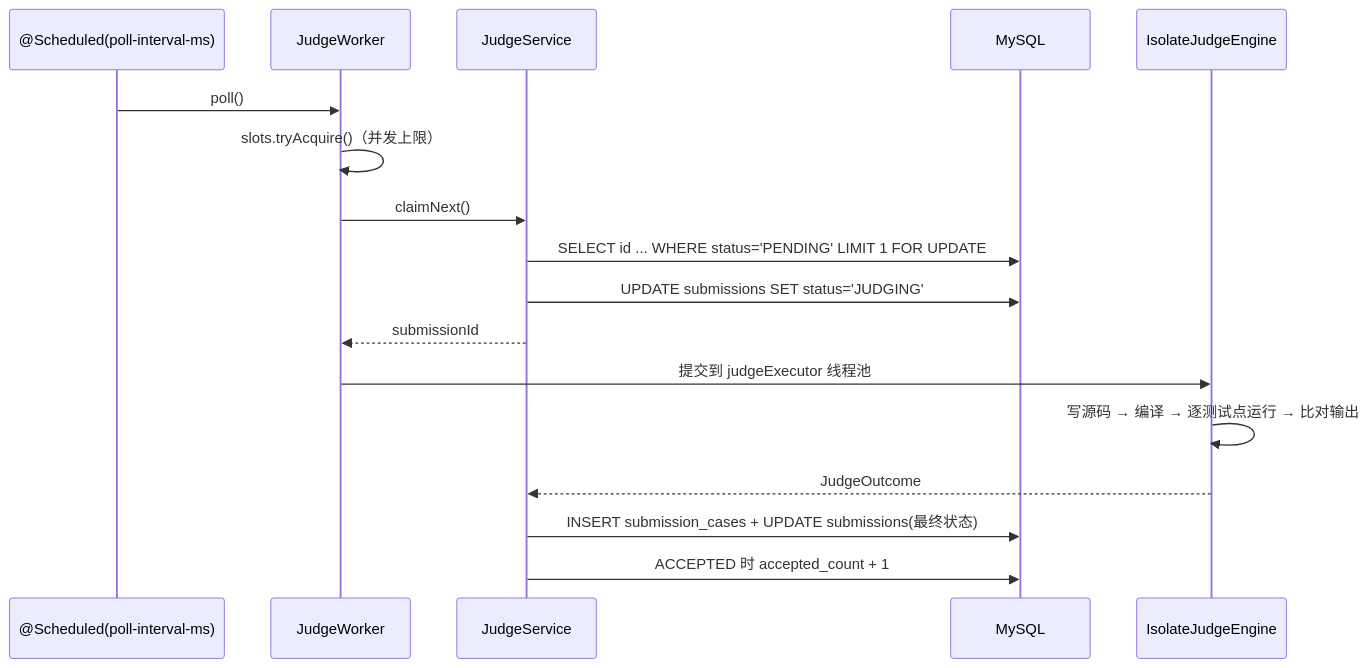
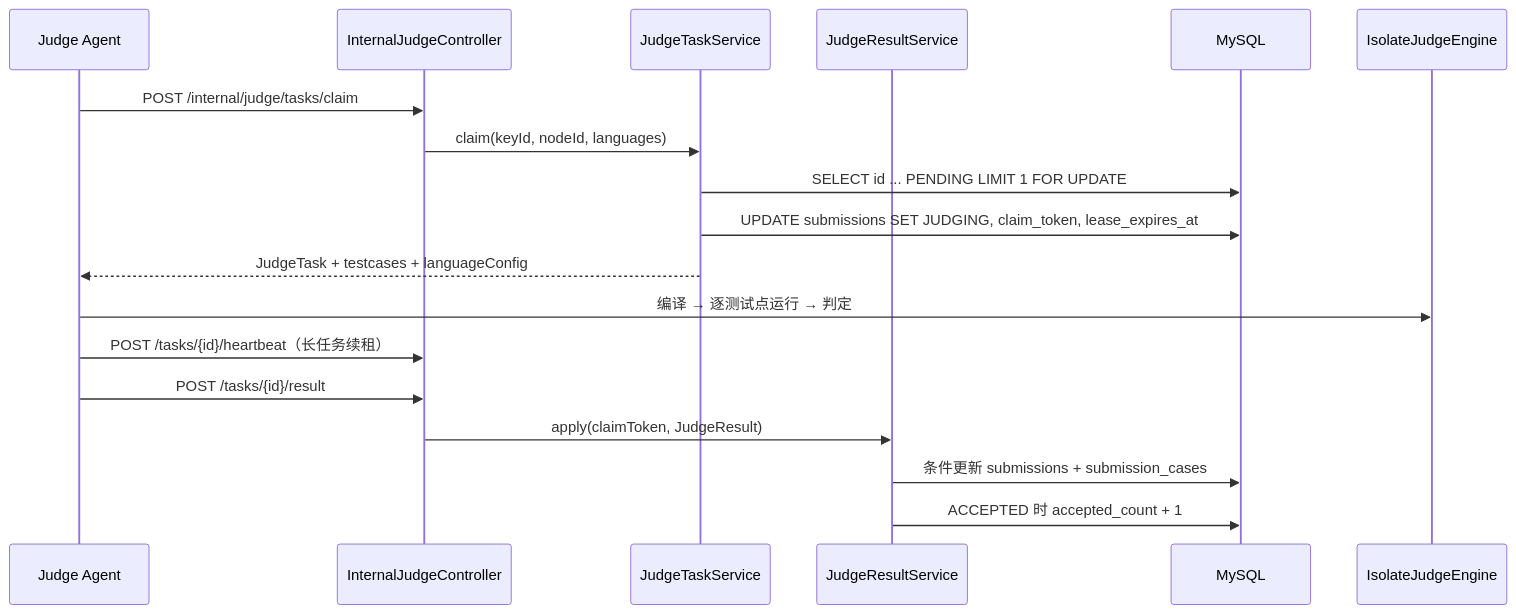
The third of 3 diagrams in docs/server/01-architecture.md (yucccxi/iOJ), drawn with Mermaid before and after one commit. The commit also changed other lines of this file and 139 other files, not shown here.

First line of the commit message:
feat(judge)!: 拆分判题模块并实现分布式判题 Agent

````diff
--- a/docs/server/01-architecture.md
+++ b/docs/server/01-architecture.md
@@ -99,20 +111,21 @@
 ```mermaid
 sequenceDiagram
-    participant Sched as @Scheduled(poll-interval-ms)
-    participant W as JudgeWorker
-    participant JS as JudgeService
+    participant Agent as Judge Agent
+    participant API as InternalJudgeController
+    participant TS as JudgeTaskService
+    participant RS as JudgeResultService
     participant DB as MySQL
     participant E as IsolateJudgeEngine
 
-    Sched->>W: poll()
-    W->>W: slots.tryAcquire()（并发上限）
-    W->>JS: claimNext()
-    JS->>DB: SELECT id ... WHERE status='PENDING' LIMIT 1 FOR UPDATE
-    JS->>DB: UPDATE submissions SET status='JUDGING'
-    JS-->>W: submissionId
-    W->>E: 提交到 judgeExecutor 线程池
-    E->>E: 写源码 → 编译 → 逐测试点运行 → 比对输出
-    E-->>JS: JudgeOutcome
-    JS->>DB: INSERT submission_cases + UPDATE submissions(最终状态)
-    JS->>DB: ACCEPTED 时 accepted_count + 1
+    Agent->>API: POST /internal/judge/tasks/claim
+    API->>TS: claim(keyId, nodeId, languages)
+    TS->>DB: SELECT id ... PENDING LIMIT 1 FOR UPDATE
+    TS->>DB: UPDATE submissions SET JUDGING, claim_token, lease_expires_at
+    TS-->>Agent: JudgeTask + testcases + languageConfig
+    Agent->>E: 编译 → 逐测试点运行 → 判定
+    Agent->>API: POST /tasks/{id}/heartbeat（长任务续租）
+    Agent->>API: POST /tasks/{id}/result
+    API->>RS: apply(claimToken, JudgeResult)
+    RS->>DB: 条件更新 submissions + submission_cases
+    RS->>DB: ACCEPTED 时 accepted_count + 1
 ```
````
